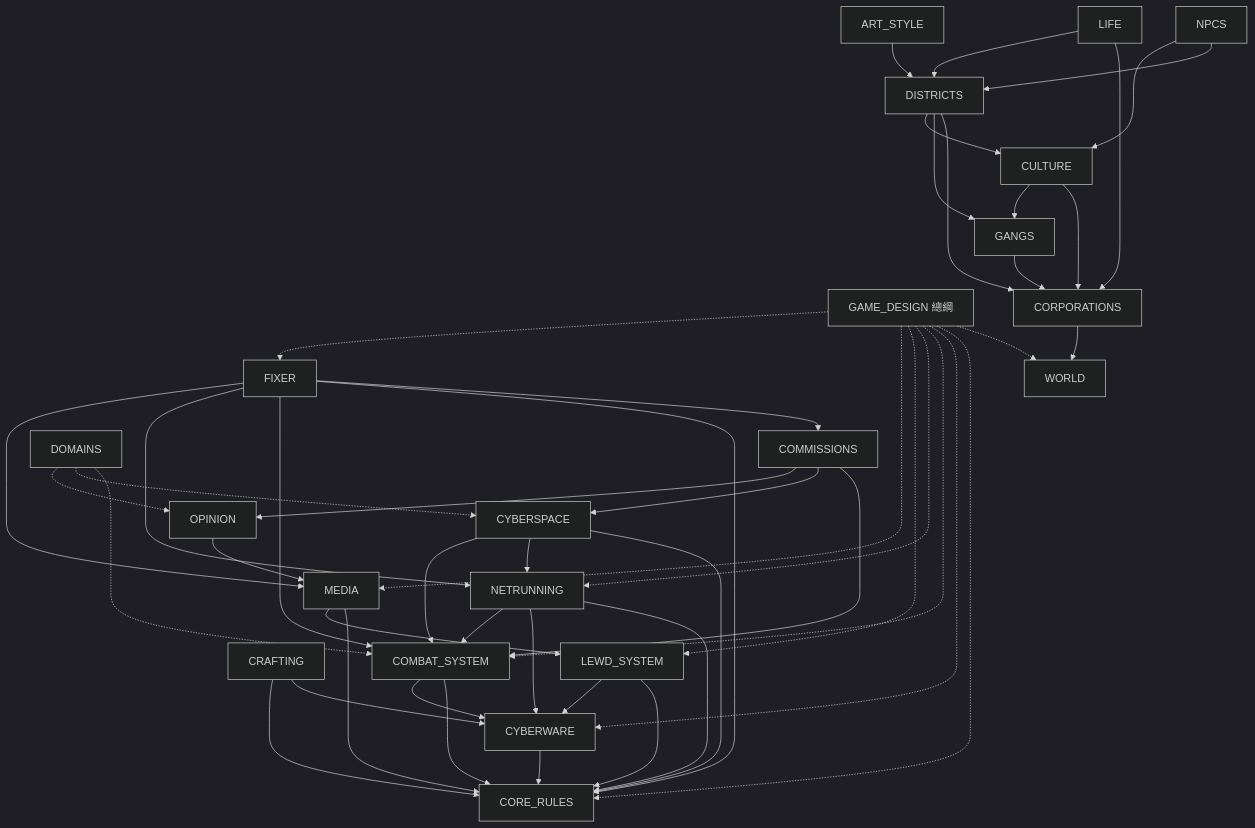
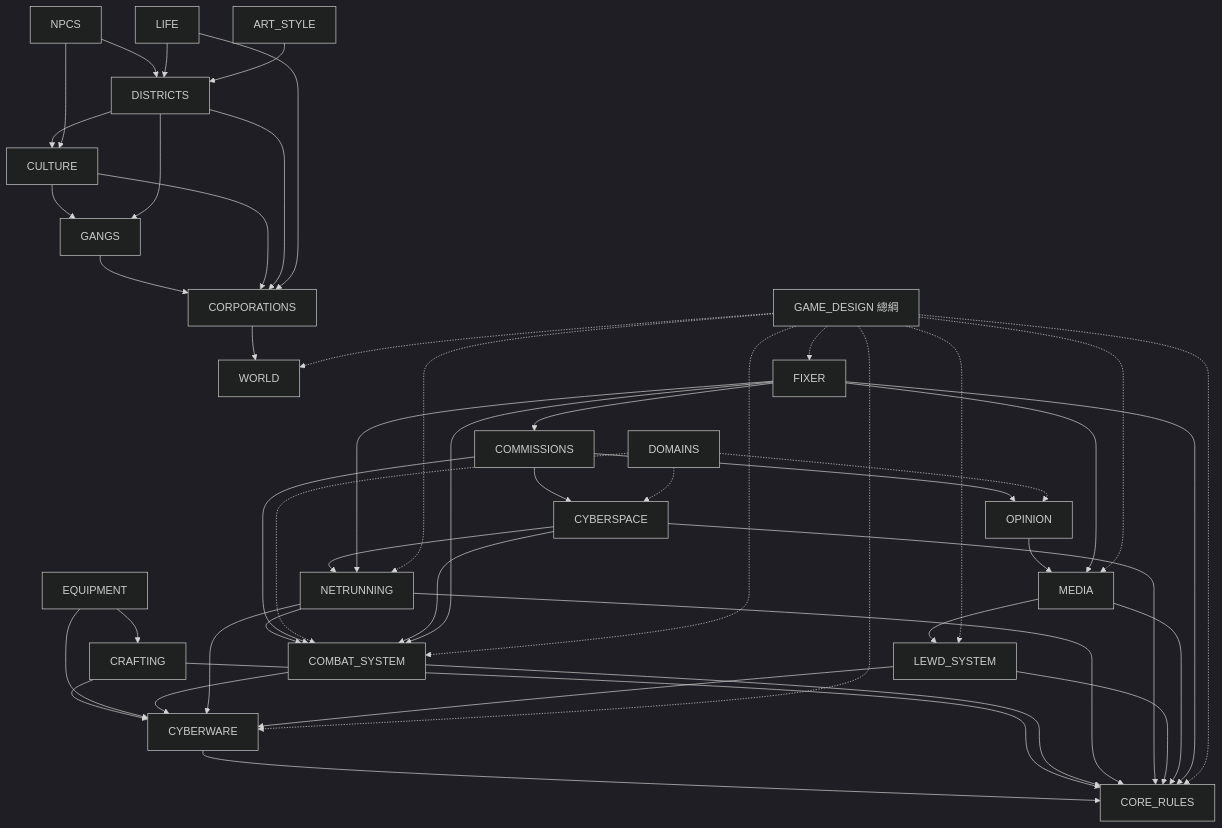
One commit to yellow630914/CyberpunkPink changed the diagram in docs/README.md. Above: the diagram before and after it, drawn with Mermaid (dark theme). The commit also changed other lines of this file and 10 other files, not shown here.

````diff
--- a/docs/README.md
+++ b/docs/README.md
@@ -54,44 +55,46 @@
 ```mermaid
 flowchart TD
   GD[GAME_DESIGN 總綱]
   WD[WORLD]
   CO[CORPORATIONS] --> WD
   GA[GANGS] --> CO
   CU[CULTURE] --> CO
   CU --> GA
   DI[DISTRICTS] --> CO
   DI --> GA
   DI --> CU
   NP[NPCS] --> DI
   LI[LIFE] --> CO
   LI --> DI
   NP --> CU
   AR[ART_STYLE] --> DI
   CR[CORE_RULES]
   CW[CYBERWARE] --> CR
   CF[CRAFTING] --> CW
   CF --> CR
+  EQ[EQUIPMENT] --> CF
+  EQ --> CW
   CB[COMBAT_SYSTEM] --> CR
   CB --> CW
   NR[NETRUNNING] --> CR
   NR --> CW
   NR --> CB
   CS[CYBERSPACE] --> CR
   OP[OPINION] --> MD
   CM[COMMISSIONS] --> CB
   CM --> CS
   CM --> OP
   FX --> CM
   DO[DOMAINS] -.-> CB & CS & OP
   CS --> NR
   CS --> CB
   LS[LEWD_SYSTEM] --> CR
   LS --> CW
   MD[MEDIA] --> CR
   MD --> LS
   FX[FIXER] --> CR
   FX --> CB
   FX --> NR
   FX --> MD
   GD -.-> WD & CR & CW & CB & NR & LS & MD & FX
 ```
````
